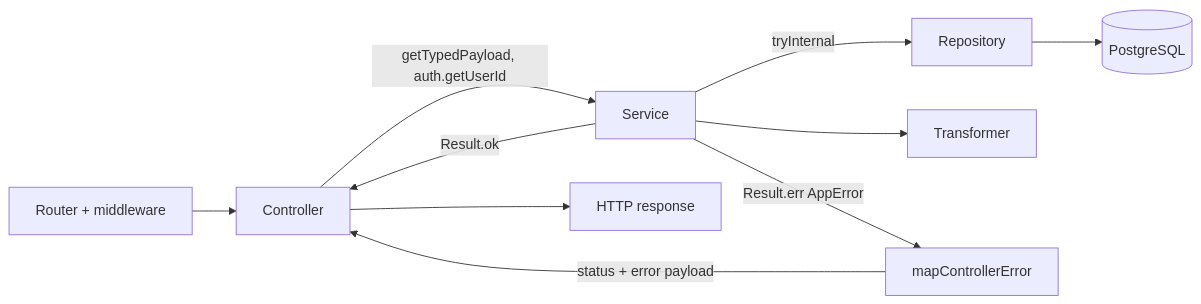
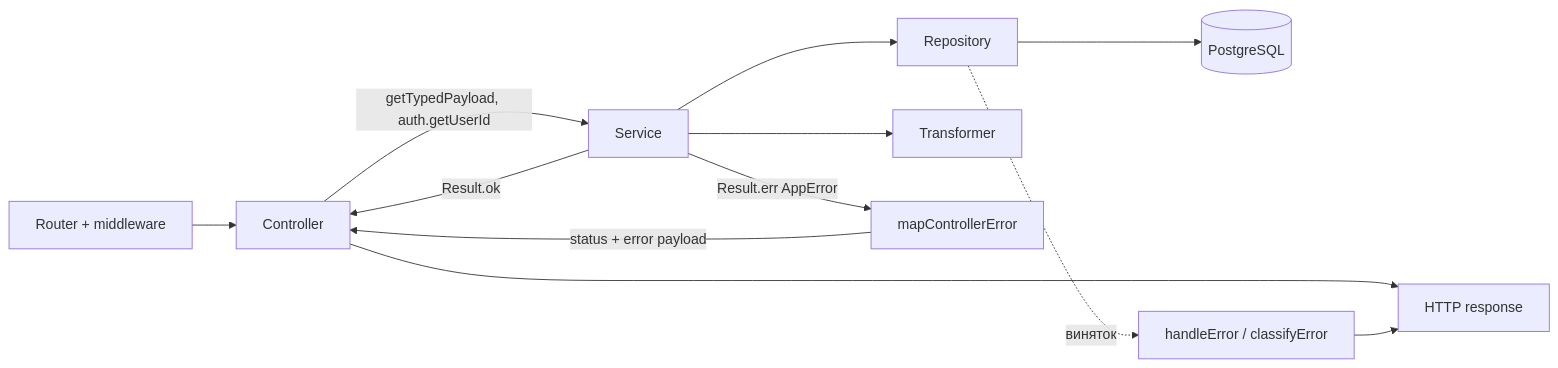
Before and after one commit to Blazheiko/vibe-template: the second of 2 diagrams in documentation/backend/services.md, drawn with Mermaid. The commit also changed other lines of this file and 20 other files, not shown here.

````diff
--- a/documentation/backend/services.md
+++ b/documentation/backend/services.md
@@ -80,12 +80,14 @@
 ```mermaid
 flowchart LR
     R[Router + middleware] --> C[Controller]
     C -->|getTypedPayload, auth.getUserId| S[Service]
-    S -->|tryInternal| Repo[Repository]
+    S --> Repo[Repository]
     Repo --> DB[(PostgreSQL)]
     S --> T[Transformer]
     S -->|Result.ok| C
     S -->|Result.err AppError| E[mapControllerError]
     E -->|status + error payload| C
     C --> Resp[HTTP response]
+    Repo -.->|виняток| H[handleError / classifyError]
+    H --> Resp
 ```
````
